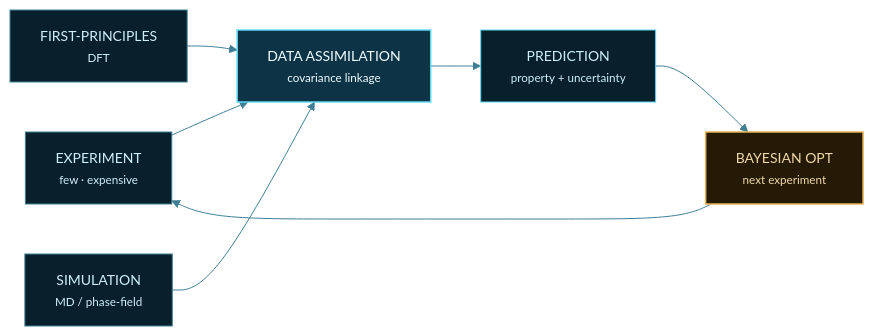
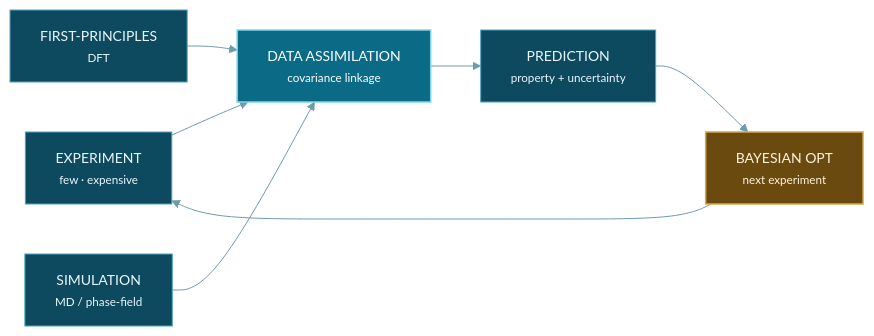
Before and after one commit to shuccii/shuccii: the diagram in README.md, drawn with Mermaid. The commit also changed other lines of this file and 23 other files, not shown here.

````diff
--- a/README.md
+++ b/README.md
@@ -27,15 +43,15 @@
 ```mermaid
-%%{init: {'theme':'base','themeVariables':{'background':'#040f18','primaryColor':'#0a2735','primaryTextColor':'#cfeefb','primaryBorderColor':'#5fd8f2','lineColor':'#3f7f96','fontFamily':'monospace','fontSize':'14px'}}}%%
+%%{init: {'theme':'base','themeVariables':{'primaryColor':'#0e4a5f','primaryTextColor':'#eaf7fd','primaryBorderColor':'#4aa3bf','lineColor':'#6f9aad','fontFamily':'monospace','fontSize':'14px'}}}%%
 flowchart LR
     A["EXPERIMENT<br/><small>few · expensive</small>"]:::src --> D
     B["FIRST-PRINCIPLES<br/><small>DFT</small>"]:::src --> D
     C["SIMULATION<br/><small>MD / phase-field</small>"]:::src --> D
     D["DATA ASSIMILATION<br/><small>covariance linkage</small>"]:::core --> E
     E["PREDICTION<br/><small>property + uncertainty</small>"]:::out --> F
     F["BAYESIAN OPT<br/><small>next experiment</small>"]:::gold --> A
 
-    classDef src  fill:#08202c,stroke:#3f7f96,stroke-width:1px,color:#cfeefb
-    classDef core fill:#0c3346,stroke:#5fd8f2,stroke-width:1.5px,color:#f2fdff
-    classDef out  fill:#08202c,stroke:#5fd8f2,stroke-width:1px,color:#cfeefb
-    classDef gold fill:#241a06,stroke:#e8b455,stroke-width:1.5px,color:#f0d9a8
+    classDef src  fill:#0e4a5f,stroke:#4aa3bf,stroke-width:1px,color:#eaf7fd
+    classDef core fill:#0b6b86,stroke:#7fd4ea,stroke-width:1.5px,color:#ffffff
+    classDef out  fill:#0e4a5f,stroke:#4aa3bf,stroke-width:1px,color:#eaf7fd
+    classDef gold fill:#6b4a10,stroke:#d8a94a,stroke-width:1.5px,color:#fff4dd
 ```
````
